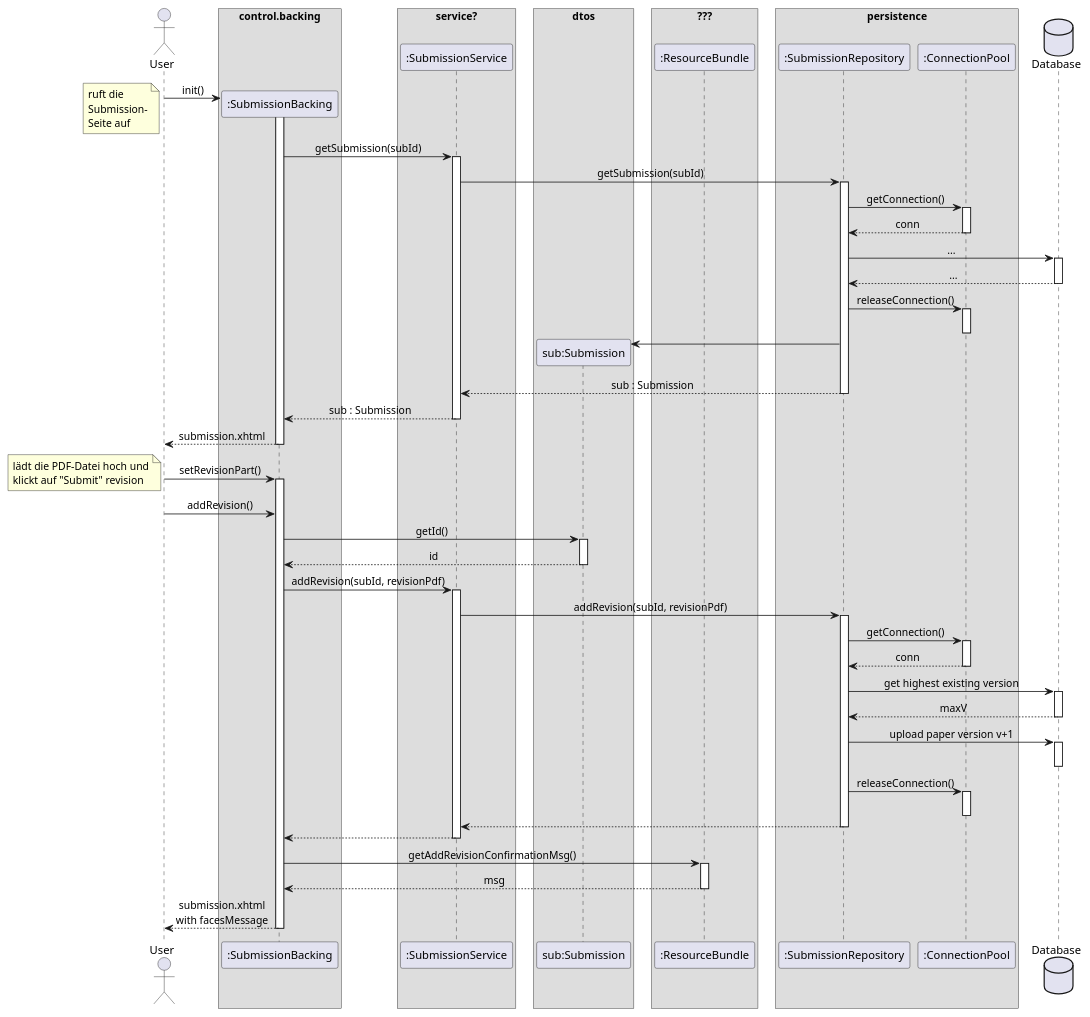
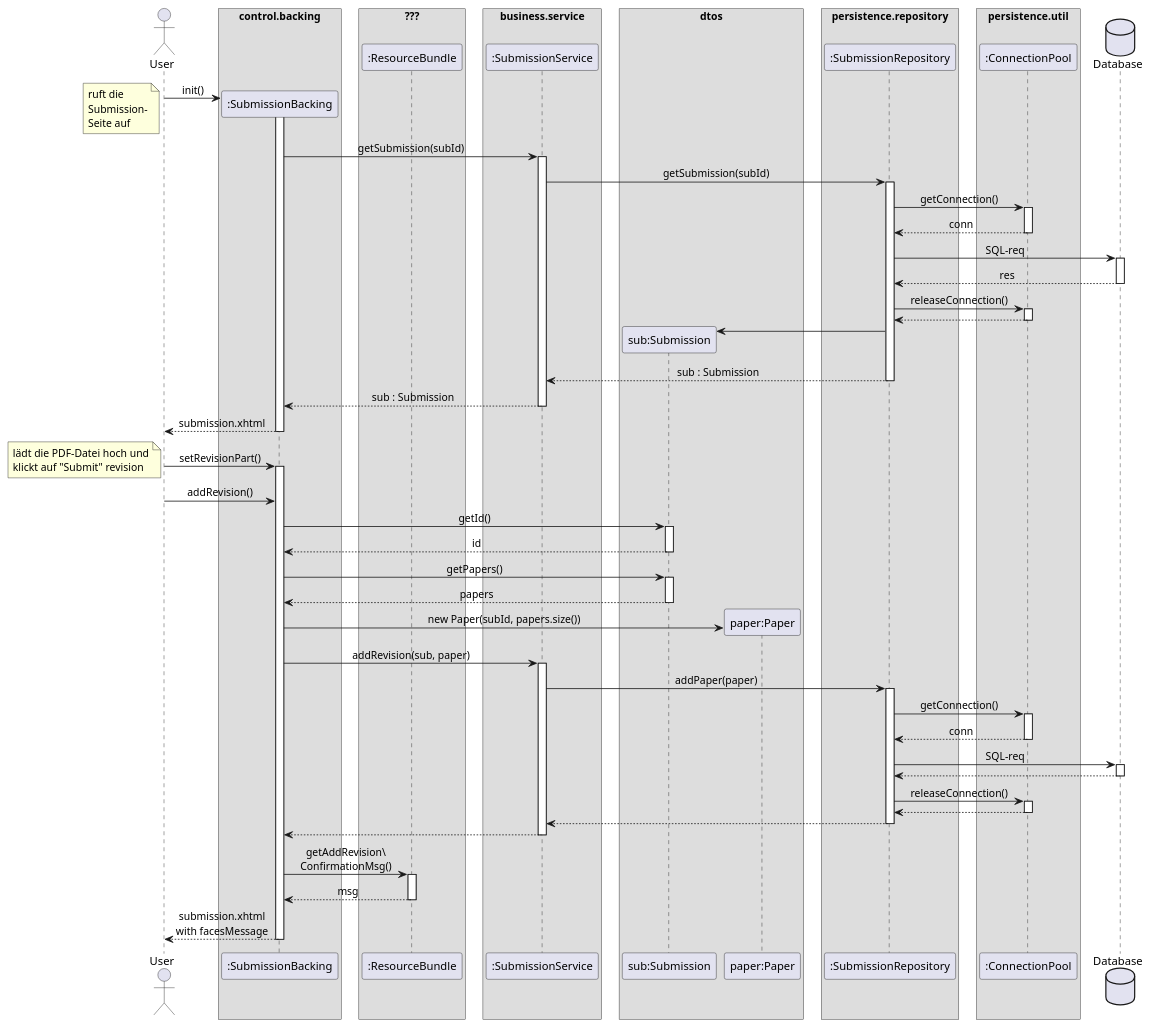
Before and after one commit to guersterst/LasEs: the diagram in docs/Entwurf/puml/upload_revision.puml, drawn with PlantUML. The commit also changed 2 other files, not shown here.

Commit message:
make upload revision sequence diagram real nice

```diff
--- a/docs/Entwurf/puml/upload_revision.puml
+++ b/docs/Entwurf/puml/upload_revision.puml
@@ -1,96 +1,101 @@
 @startuml
 'https://plantuml.com/sequence-diagram
 
 '!theme aws-orange
 skinparam sequenceMessageAlign center
 skinparam BoxPadding 10
 'autonumber
 'autoactivate on
 'hide footbox
 
 actor User as user
 
 box "control.backing"
     participant ":SubmissionBacking" as subBacking
 end box
-box "service?"
+box "???"
+    participant ":ResourceBundle" as rscBundle
+end box
+box "business.service"
     participant ":SubmissionService" as subService
 end box
 box "dtos"
     participant "sub:Submission" as sub
+    participant "paper:Paper" as paper
 end box
-box "???"
-    participant ":ResourceBundle" as rscBundle
+box persistence.repository
+    participant ":SubmissionRepository" as subRepo
 end box
-box persistence
-    participant ":SubmissionRepository" as subRepo
+box persistence.util
     participant ":ConnectionPool" as connPool
 end box
 database "Database" as db
 
 user -> subBacking ** : init()
 note left
     ruft die
     Submission-
     Seite auf
 end note
 activate subBacking
     subBacking -> subService : getSubmission(subId)
     activate subService
         subService -> subRepo : getSubmission(subId)
         activate subRepo
             subRepo -> connPool : getConnection()
             activate connPool
             return conn
-            subRepo -> db : ...
+            subRepo -> db : SQL-req
             activate db
-                return ...
-                subRepo -> connPool : releaseConnection()
-                    activate connPool
-                    deactivate connPool
-                create sub
-                subRepo -> sub
+            return res
+            subRepo -> connPool : releaseConnection()
+            activate connPool
+            return
+            create sub
+            subRepo -> sub
         return sub : Submission
     return sub : Submission
 return submission.xhtml
 
 user -> subBacking : setRevisionPart()
 activate subBacking
     note left
         lädt die PDF-Datei hoch und
         klickt auf "Submit" revision
     end note
     user -> subBacking : addRevision()
     subBacking -> sub : getId()
     activate sub
     return id
+    subBacking -> sub : getPapers()
+    activate sub
+    return papers
 
-    subBacking -> subService : addRevision(subId, revisionPdf)
+    subBacking -> paper ** : new Paper(subId, papers.size())
+
+    subBacking -> subService : addRevision(sub, paper)
     activate subService
-        subService -> subRepo : addRevision(subId, revisionPdf)
+        subService -> subRepo : addPaper(paper)
         activate subRepo
             subRepo -> connPool : getConnection()
             activate connPool
             return conn
-            subRepo -> db : get highest existing version
+            subRepo -> db : SQL-req
             activate db
-            return maxV
-            subRepo -> db : upload paper version v+1
-            activate db
-            deactivate db
+            return
             subRepo -> connPool : releaseConnection()
             activate connPool
-            deactivate connPool
+            return
         return
     return
 
-    subBacking -> rscBundle : getAddRevisionConfirmationMsg()
+    subBacking -> rscBundle : getAddRevision\\\nConfirmationMsg()
     activate rscBundle
     return msg
 
 return submission.xhtml\nwith facesMessage
 
 
 
 
 @enduml
```
